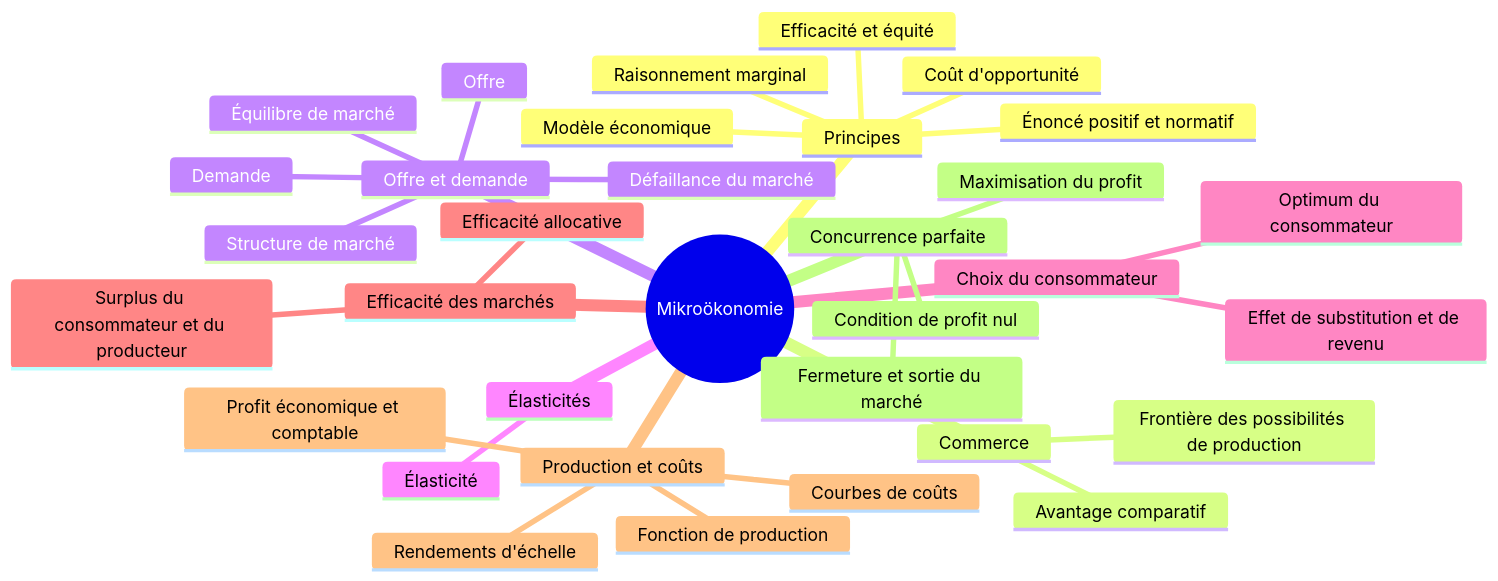
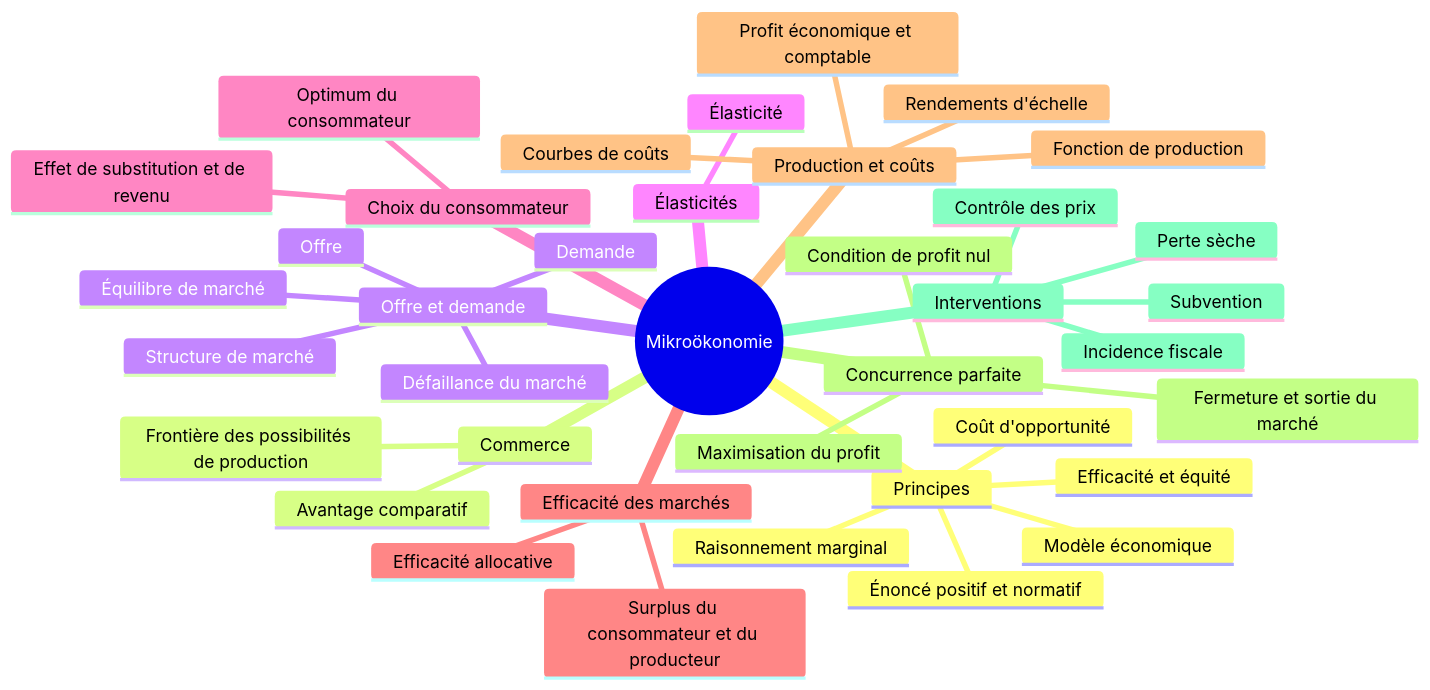
Before and after one commit to aidraxowl/NEXUS: the diagram in NEXUS/09-Learning/Course-Maps/HS26 - Mikroökonomie.md, drawn with Mermaid. The commit also changed other lines of this file and 45 other files, not shown here.

````diff
--- a/NEXUS/09-Learning/Course-Maps/HS26 - Mikroökonomie.md
+++ b/NEXUS/09-Learning/Course-Maps/HS26 - Mikroökonomie.md
@@ -24,36 +24,41 @@
 ```mermaid
 mindmap
   root((Mikroökonomie))
     Principes
       Coût d'opportunité
       Raisonnement marginal
       Efficacité et équité
       Modèle économique
       Énoncé positif et normatif
     Commerce
       Frontière des possibilités de production
       Avantage comparatif
     Offre et demande
       Demande
       Offre
       Équilibre de marché
       Structure de marché
       Défaillance du marché
     Élasticités
       Élasticité
     Choix du consommateur
       Optimum du consommateur
       Effet de substitution et de revenu
     Efficacité des marchés
       Surplus du consommateur et du producteur
       Efficacité allocative
     Production et coûts
       Profit économique et comptable
       Fonction de production
       Courbes de coûts
       Rendements d'échelle
     Concurrence parfaite
       Maximisation du profit
       Fermeture et sortie du marché
       Condition de profit nul
+    Interventions
+      Contrôle des prix
+      Incidence fiscale
+      Perte sèche
+      Subvention
 ```
````
